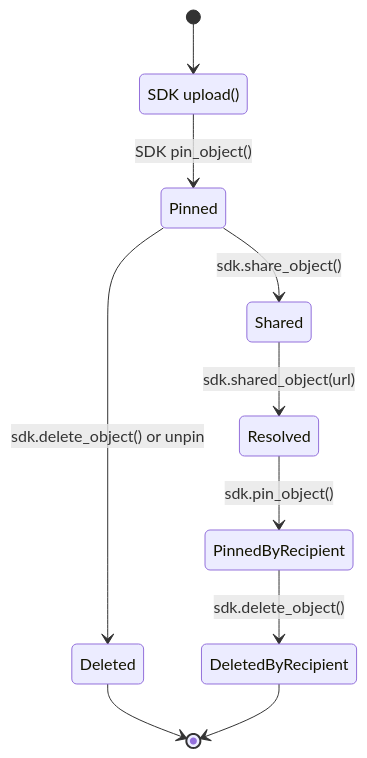
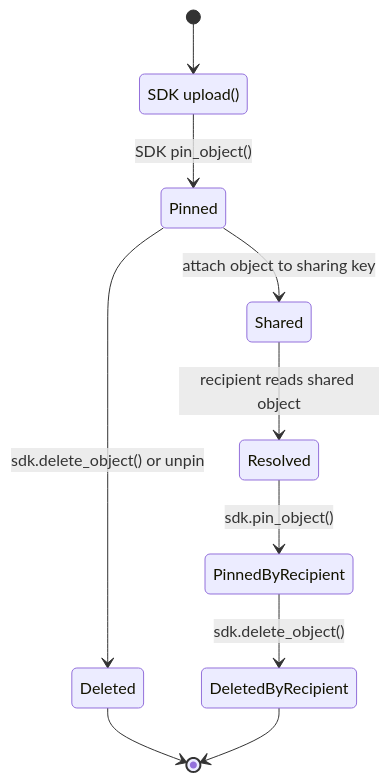
One commit to SiaFoundation/developer-portal changed the diagram in docs/core-concepts/pinning.md. Above: the diagram before and after it, drawn with Mermaid. The commit also changed 8 other files, not shown here.

````diff
--- a/docs/core-concepts/pinning.md
+++ b/docs/core-concepts/pinning.md
@@ -100,17 +100,17 @@
 ```mermaid
 stateDiagram-v2
     [*] --> Uploaded
 
     Uploaded: SDK upload()
     Uploaded --> Pinned: SDK pin_object()
 
-    Pinned --> Shared: sdk.share_object()
-    Shared --> Resolved: sdk.shared_object(url)
+    Pinned --> Shared: attach object to sharing key
+    Shared --> Resolved: recipient reads shared object
     Resolved --> PinnedByRecipient: sdk.pin_object()
 
     Pinned --> Deleted: sdk.delete_object() or unpin
     Deleted --> [*]
 
     PinnedByRecipient --> DeletedByRecipient: sdk.delete_object()
     DeletedByRecipient --> [*]
 ```
````
